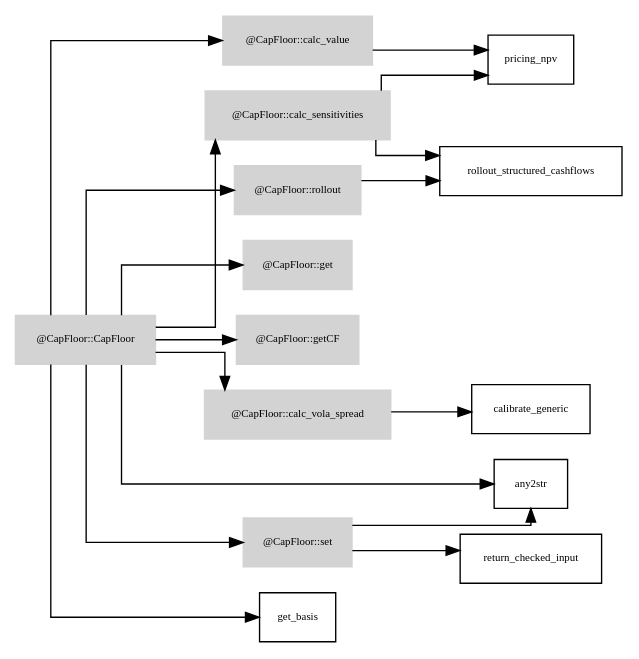
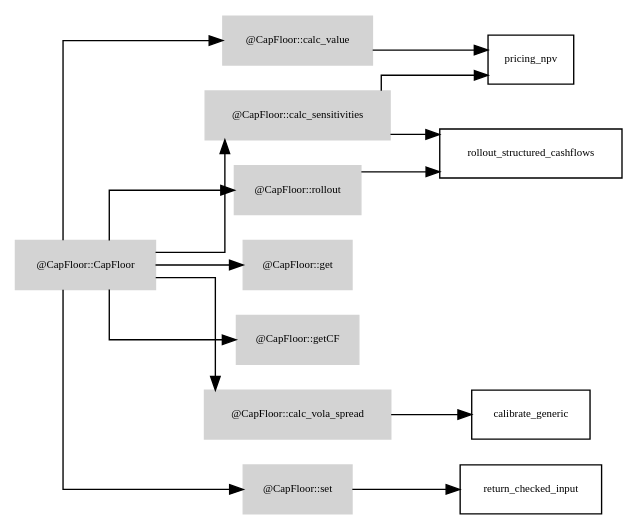
Before and after one commit to octarisk/documentation: the diagram in graphviz_files/CapFloor.dot, drawn with Graphviz. The commit also changed 50 other files, not shown here.

Commit message:
* introduction of graphviz files for all classes and class function dependencies

```diff
--- a/graphviz_files/CapFloor.dot
+++ b/graphviz_files/CapFloor.dot
@@ -1,36 +1,33 @@
 digraph G {
 	fontname = "Bitstream Vera Sans"
 	fontsize = 8
 	node [
 		fontname = "Bitstream Vera Sans"
 		fontsize = 8
 		shape = "record"
 	]
 	edge [
 		fontname = "Bitstream Vera Sans"
 		fontsize = 8
 	]
 	graph [splines=ortho];
 	rankdir=LR;
 	subgraph class_CapFloor {
 		style=filled;
 		node [style=filled,color=lightgrey];
 		"@CapFloor::CapFloor" -> "@CapFloor::calc_sensitivities"
 		"@CapFloor::CapFloor" -> "@CapFloor::calc_value"
 		"@CapFloor::CapFloor" -> "@CapFloor::calc_vola_spread"
 		"@CapFloor::CapFloor" -> "@CapFloor::get"
 		"@CapFloor::CapFloor" -> "@CapFloor::getCF"
 		"@CapFloor::CapFloor" -> "@CapFloor::rollout"
 		"@CapFloor::CapFloor" -> "@CapFloor::set"
 		label = "@CapFloor";
 	}
-"@CapFloor::CapFloor" 	 -> 	 "any2str"
-"@CapFloor::CapFloor" 	 -> 	 "get_basis"
 "@CapFloor::calc_sensitivities" 	 -> 	 "pricing_npv"
 "@CapFloor::calc_sensitivities" 	 -> 	 "rollout_structured_cashflows"
 "@CapFloor::calc_value" 	 -> 	 "pricing_npv"
 "@CapFloor::calc_vola_spread" 	 -> 	 "calibrate_generic"
 "@CapFloor::rollout" 	 -> 	 "rollout_structured_cashflows"
-"@CapFloor::set" 	 -> 	 "any2str"
 "@CapFloor::set" 	 -> 	 "return_checked_input"
 }
```
